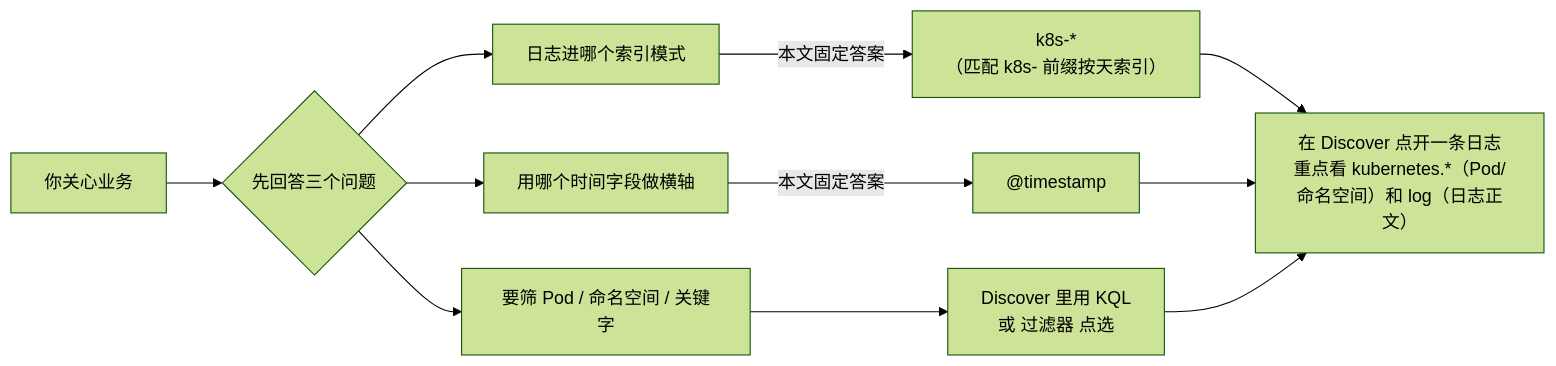
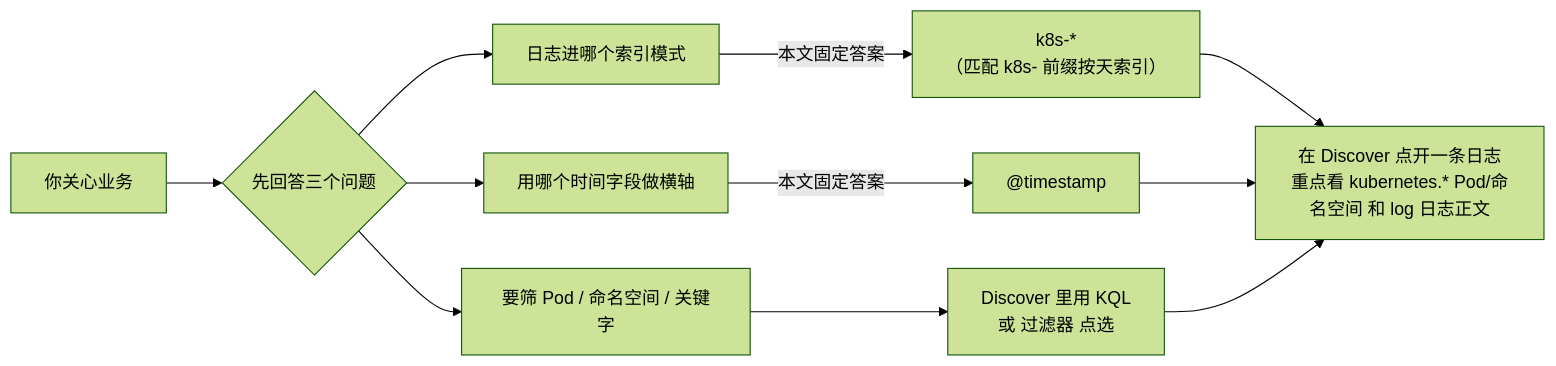
Before and after one commit to brinnatt/kubeauto: diagram 14 of 32 in docs/efk/EFK.md, drawn with Mermaid (forest theme).

Commit message:
[update] EFK

````diff
--- a/docs/efk/EFK.md
+++ b/docs/efk/EFK.md
@@ -992,13 +992,13 @@
 ```mermaid
 flowchart LR
   A[你关心业务] --> B{先回答三个问题}
   B --> C[日志进哪个索引模式]
   C -->|本文固定答案| D["k8s-*<br>（匹配 k8s- 前缀按天索引）"]
   B --> E[用哪个时间字段做横轴]
   E -->|本文固定答案| F["@timestamp"]
   B --> G[要筛 Pod / 命名空间 / 关键字]
   G --> H[Discover 里用 KQL<br>或 过滤器 点选]
-  D --> I[在 Discover 点开一条日志<br>重点看 kubernetes.*（Pod/命名空间）和 log（日志正文）]
+  D --> I[在 Discover 点开一条日志<br>重点看 kubernetes.* Pod/命名空间 和 log 日志正文]
   F --> I
   H --> I
 ```
````
